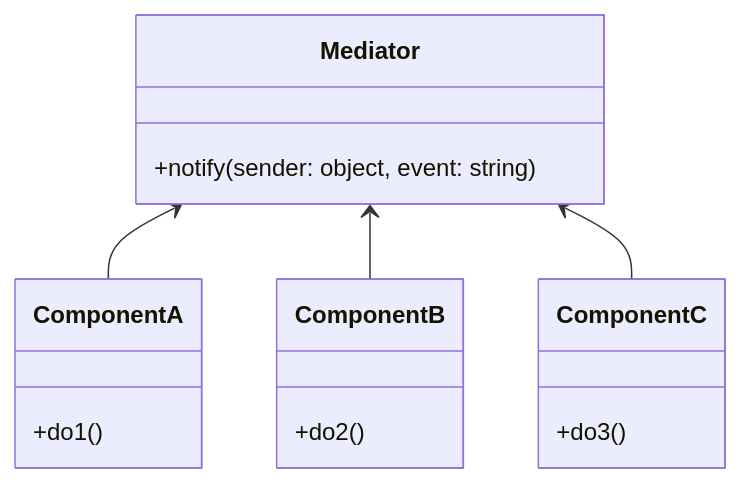
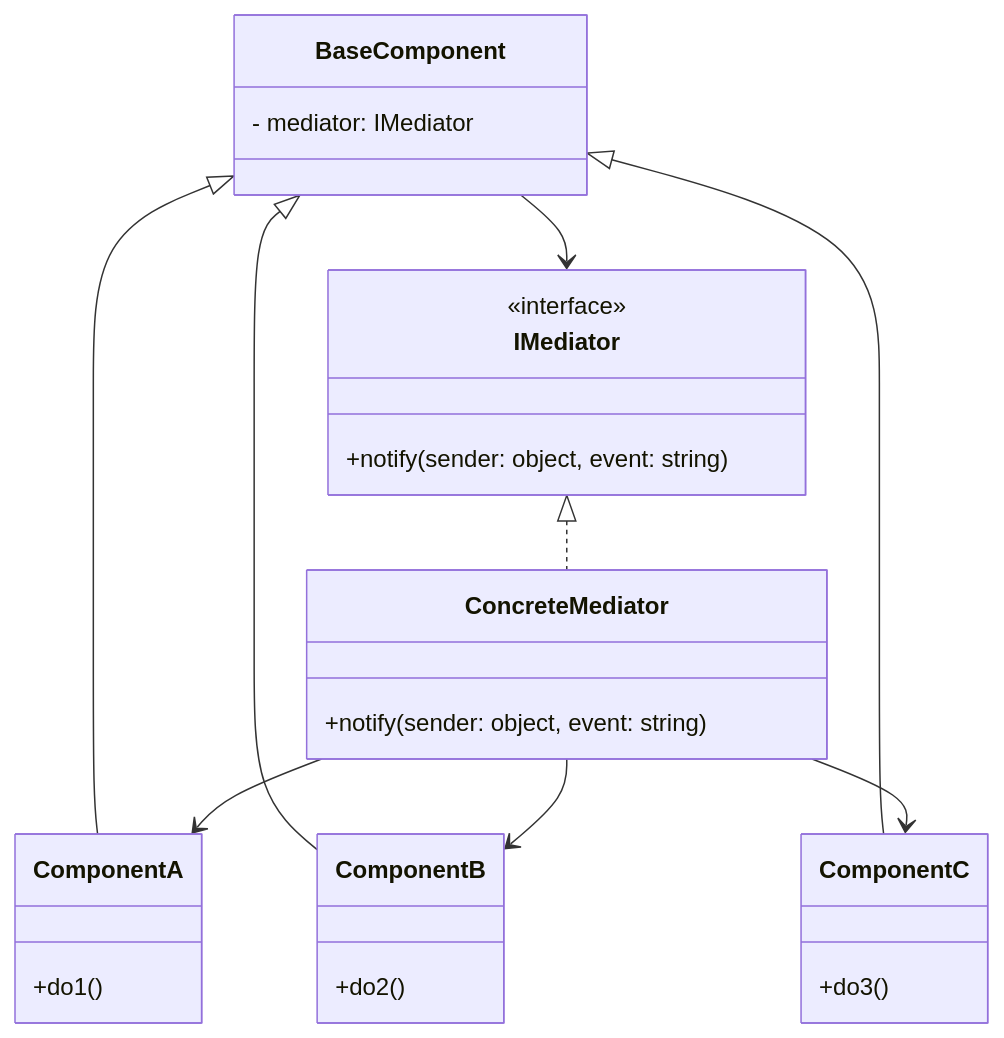
One commit to SamuelLnds/LandaisSamuel_TP_DesignPatterns changed the first of 4 diagrams in Mediator/README.md. Above: the diagram before and after it, drawn with Mermaid. The commit also changed other lines of this file and 12 other files, not shown here.

Commit message:
revue des README, correction des diagrammes, ajout de diagrammes de séquence pour détailler l'explication, correction du français, ajout d'informations supplémentaires, révision de la disposition des limitations à certains endroits

````diff
--- a/Mediator/README.md
+++ b/Mediator/README.md
@@ -8,22 +7,36 @@
 ```mermaid
 classDiagram
-	class Mediator {
-		+notify(sender: object, event: string)
-	}
-	
-	class ComponentA {
-		+do1()
-	}
-	
-	class ComponentB {
-		+do2()
-	}
+    class IMediator {
+        <<interface>>
+        +notify(sender: object, event: string)
+    }
 
-	class ComponentC {
-		+do3()
-	}
-	
-	Mediator <-- ComponentA
-	Mediator <-- ComponentB
-	Mediator <-- ComponentC
+    class ConcreteMediator {
+        +notify(sender: object, event: string)
+    }
+
+    class BaseComponent {
+        - mediator: IMediator
+    }
+
+    class ComponentA {
+        +do1()
+    }
+
+    class ComponentB {
+        +do2()
+    }
+
+    class ComponentC {
+        +do3()
+    }
+
+    IMediator <|.. ConcreteMediator
+    BaseComponent --> IMediator
+    BaseComponent <|-- ComponentA
+    BaseComponent <|-- ComponentB
+    BaseComponent <|-- ComponentC
+    ConcreteMediator --> ComponentA
+    ConcreteMediator --> ComponentB
+    ConcreteMediator --> ComponentC
 ```
````
